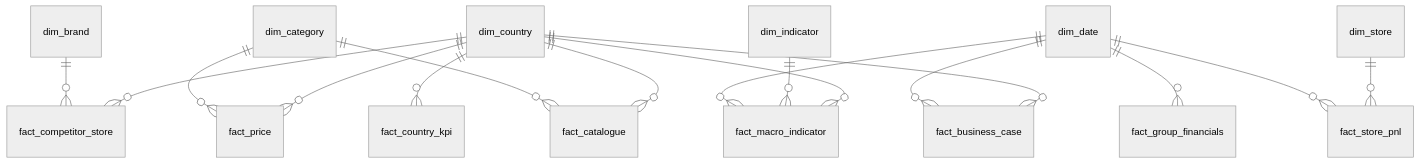
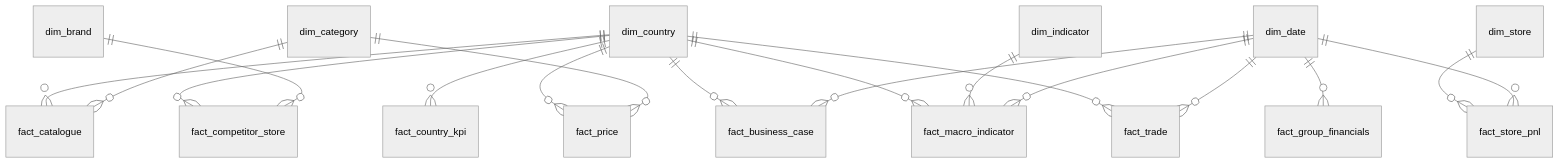
One commit to dcineus-eugenia/beauty-expansion-analytics changed the second of 2 diagrams in README.md. Above: the diagram before and after it, drawn with Mermaid (neutral theme). The commit also changed other lines of this file and 4 other files, not shown here.

````diff
--- a/README.md
+++ b/README.md
@@ -95,18 +100,20 @@
 ```mermaid
 erDiagram
   dim_country ||--o{ fact_macro_indicator : ""
   dim_indicator ||--o{ fact_macro_indicator : ""
   dim_date ||--o{ fact_macro_indicator : ""
   dim_country ||--o{ fact_competitor_store : ""
   dim_brand ||--o{ fact_competitor_store : ""
   dim_country ||--o{ fact_price : ""
   dim_category ||--o{ fact_price : ""
   dim_country ||--o{ fact_catalogue : ""
   dim_category ||--o{ fact_catalogue : ""
   dim_store ||--o{ fact_store_pnl : ""
   dim_date ||--o{ fact_store_pnl : ""
   dim_date ||--o{ fact_group_financials : ""
+  dim_country ||--o{ fact_trade : ""
+  dim_date ||--o{ fact_trade : ""
   dim_country ||--o{ fact_country_kpi : ""
   dim_country ||--o{ fact_business_case : ""
   dim_date ||--o{ fact_business_case : ""
 ```
````
